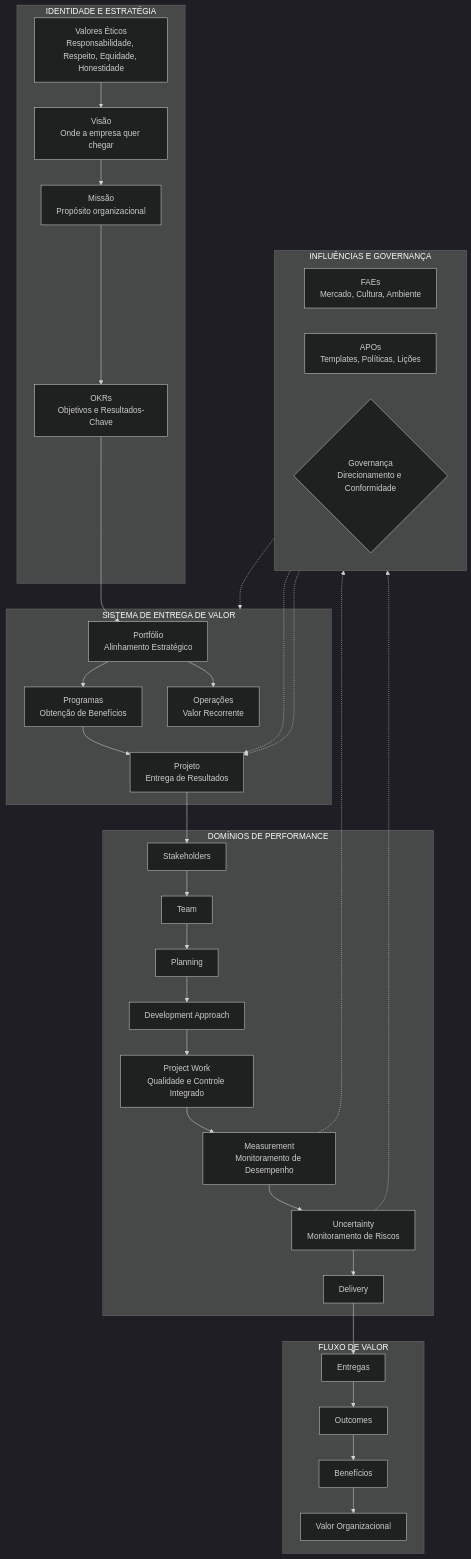
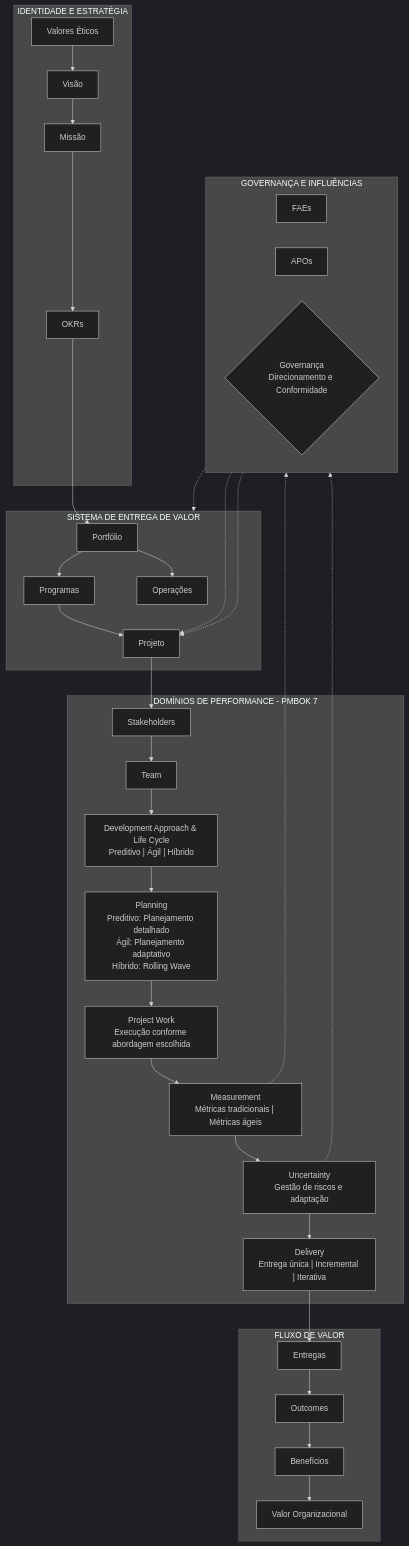
Before and after one commit to evandromucha/PM: the diagram in ORG.md, drawn with Mermaid (dark theme).

Commit message:
Refactor flowchart structure and labels in ORG.md

````diff
--- a/ORG.md
+++ b/ORG.md
@@ -1,67 +1,74 @@
 ```mermaid
 flowchart TD
 
 %% IDENTIDADE E ESTRATÉGIA
 subgraph Estrategia [IDENTIDADE E ESTRATÉGIA]
-    VAL["Valores Éticos<br>Responsabilidade, Respeito, Equidade, Honestidade"]
-    VIS["Visão<br>Onde a empresa quer chegar"]
-    MIS["Missão<br>Propósito organizacional"]
-    OKR["OKRs<br>Objetivos e Resultados-Chave"]
+    VAL["Valores Éticos"]
+    VIS["Visão"]
+    MIS["Missão"]
+    OKR["OKRs"]
 
     VAL --> VIS --> MIS --> OKR
 end
 
-%% INFLUÊNCIAS E GOVERNANÇA
-subgraph Influencias [INFLUÊNCIAS E GOVERNANÇA]
+%% GOVERNANÇA
+subgraph Influencias [GOVERNANÇA E INFLUÊNCIAS]
     direction LR
-    FAE["FAEs<br>Mercado, Cultura, Ambiente"]
-    APO["APOs<br>Templates, Políticas, Lições"]
+    FAE["FAEs"]
+    APO["APOs"]
     GOV{"Governança<br>Direcionamento e Conformidade"}
 end
 
 %% SISTEMA DE ENTREGA DE VALOR
 subgraph GOP [SISTEMA DE ENTREGA DE VALOR]
-    PORT["Portfólio<br>Alinhamento Estratégico"]
-    PROG["Programas<br>Obtenção de Benefícios"]
-    PROJ["Projeto<br>Entrega de Resultados"]
-    OPER["Operações<br>Valor Recorrente"]
+    PORT["Portfólio"]
+    PROG["Programas"]
+    PROJ["Projeto"]
+    OPER["Operações"]
 
     PORT --> PROG
     PROG --> PROJ
     PORT --> OPER
 end
 
-%% DOMÍNIOS DE PERFORMANCE DO PROJETO (PMBOK 7)
-subgraph Dominios [DOMÍNIOS DE PERFORMANCE]
+%% DOMÍNIOS DE PERFORMANCE
+subgraph Dominios [DOMÍNIOS DE PERFORMANCE - PMBOK 7]
+
     STK["Stakeholders"]
     TEAM["Team"]
-    PLAN["Planning"]
-    DEV["Development Approach"]
-    WORK["Project Work<br>Qualidade e Controle Integrado"]
-    MEAS["Measurement<br>Monitoramento de Desempenho"]
-    UNC["Uncertainty<br>Monitoramento de Riscos"]
-    DEL["Delivery"]
 
-    STK --> TEAM --> PLAN --> DEV --> WORK --> MEAS --> UNC --> DEL
+    DEV["Development Approach & Life Cycle<br>Preditivo | Ágil | Híbrido"]
+
+    PLAN["Planning<br>Preditivo: Planejamento detalhado<br>Ágil: Planejamento adaptativo<br>Híbrido: Rolling Wave"]
+
+    WORK["Project Work<br>Execução conforme abordagem escolhida"]
+
+    MEAS["Measurement<br>Métricas tradicionais | Métricas ágeis"]
+
+    UNC["Uncertainty<br>Gestão de riscos e adaptação"]
+
+    DEL["Delivery<br>Entrega única | Incremental | Iterativa"]
+
+    STK --> TEAM --> DEV --> PLAN --> WORK --> MEAS --> UNC --> DEL
 end
 
 %% FLUXO DE VALOR
 subgraph Valor [FLUXO DE VALOR]
     ENT["Entregas"]
     OUT["Outcomes"]
     BEN["Benefícios"]
     VALOR["Valor Organizacional"]
 
     ENT --> OUT --> BEN --> VALOR
 end
 
 %% CONEXÕES
 OKR --> PORT
 PROJ --> STK
 FAE -.-> PROJ
 APO -.-> PROJ
 GOV -.-> GOP
 DEL --> ENT
 MEAS -.-> GOV
 UNC -.-> GOV
 ```
````
